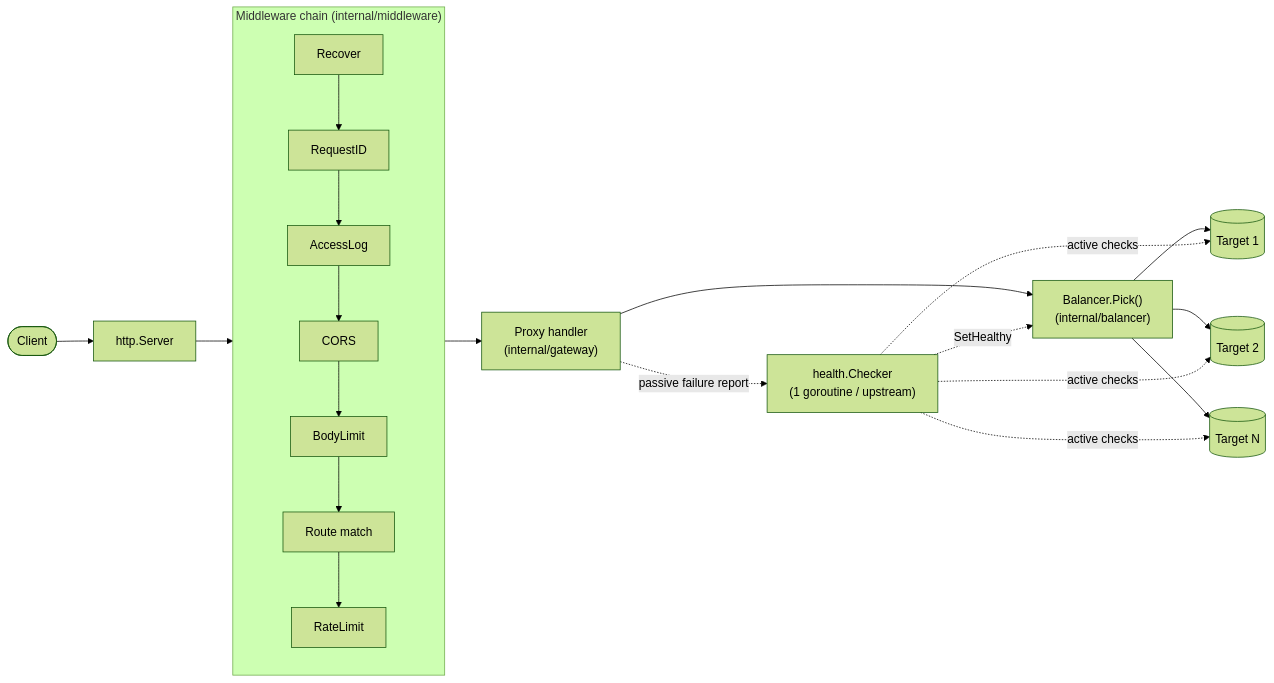
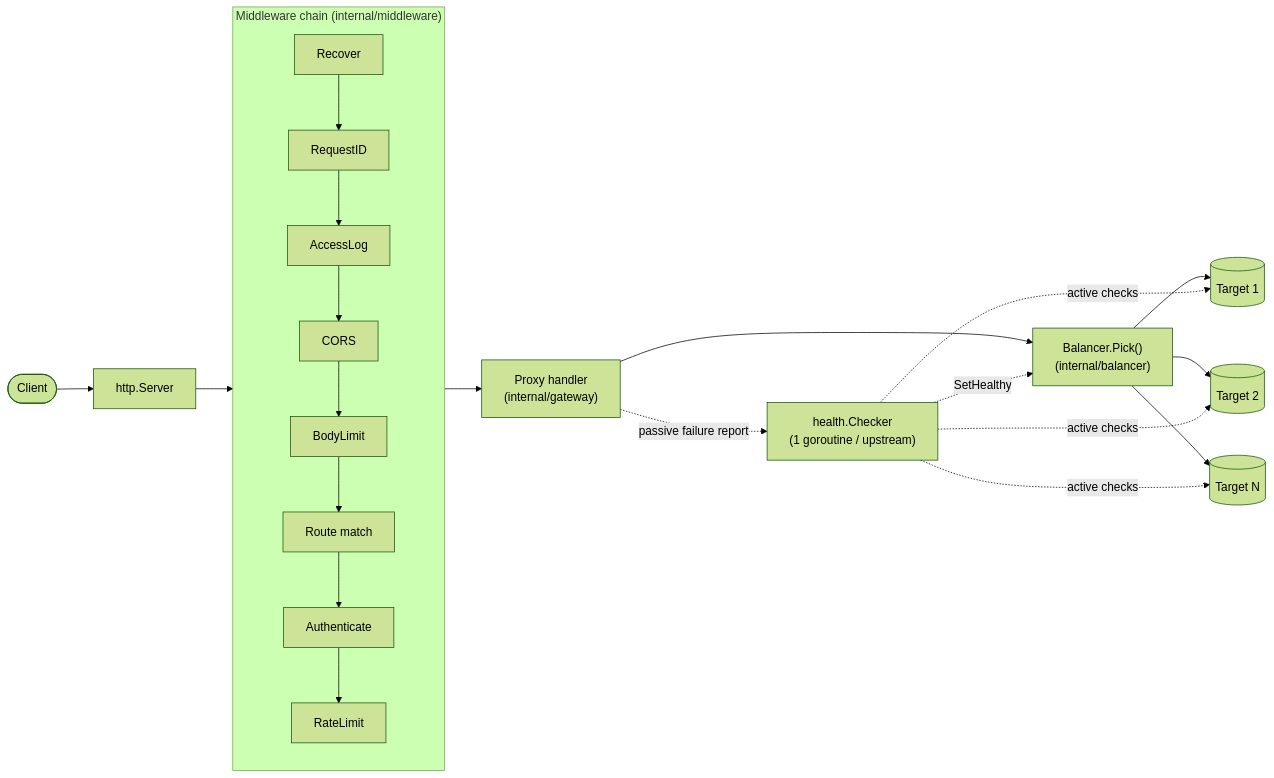
One commit to rosali3/gatekeeper changed the diagram in README.md. Above: the diagram before and after it, drawn with Mermaid (forest theme). The commit also changed other lines of this file and 1 other file, not shown here.

````diff
--- a/README.md
+++ b/README.md
@@ -48,22 +54,22 @@
 ```mermaid
 flowchart LR
     client([Client]) --> srv[http.Server]
     srv --> chain
 
     subgraph chain["Middleware chain (internal/middleware)"]
         direction TB
-        recover[Recover] --> reqid[RequestID] --> alog[AccessLog] --> cors[CORS] --> bodylimit[BodyLimit] --> match[Route match] --> ratelimit[RateLimit]
+        recover[Recover] --> reqid[RequestID] --> alog[AccessLog] --> cors[CORS] --> bodylimit[BodyLimit] --> match[Route match] --> authn[Authenticate] --> ratelimit[RateLimit]
     end
 
     chain --> proxy["Proxy handler\n(internal/gateway)"]
     proxy --> bal["Balancer.Pick()\n(internal/balancer)"]
     bal --> t1[(Target 1)]
     bal --> t2[(Target 2)]
     bal --> t3[(Target N)]
 
     hc["health.Checker\n(1 goroutine / upstream)"] -.active checks.-> t1
     hc -.active checks.-> t2
     hc -.active checks.-> t3
     proxy -.passive failure report.-> hc
     hc -.SetHealthy.-> bal
 ```
````
